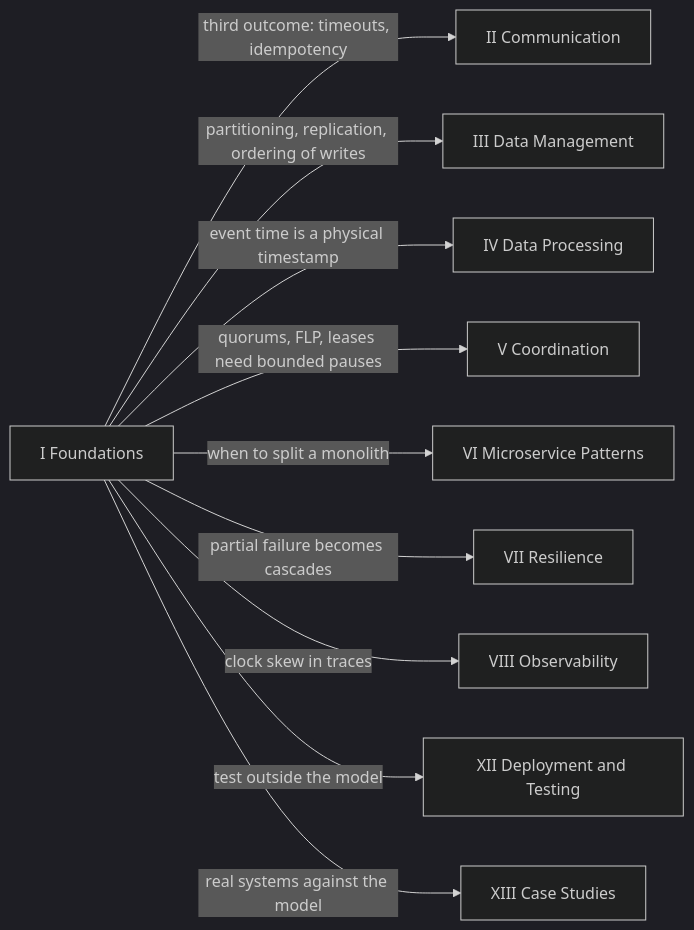
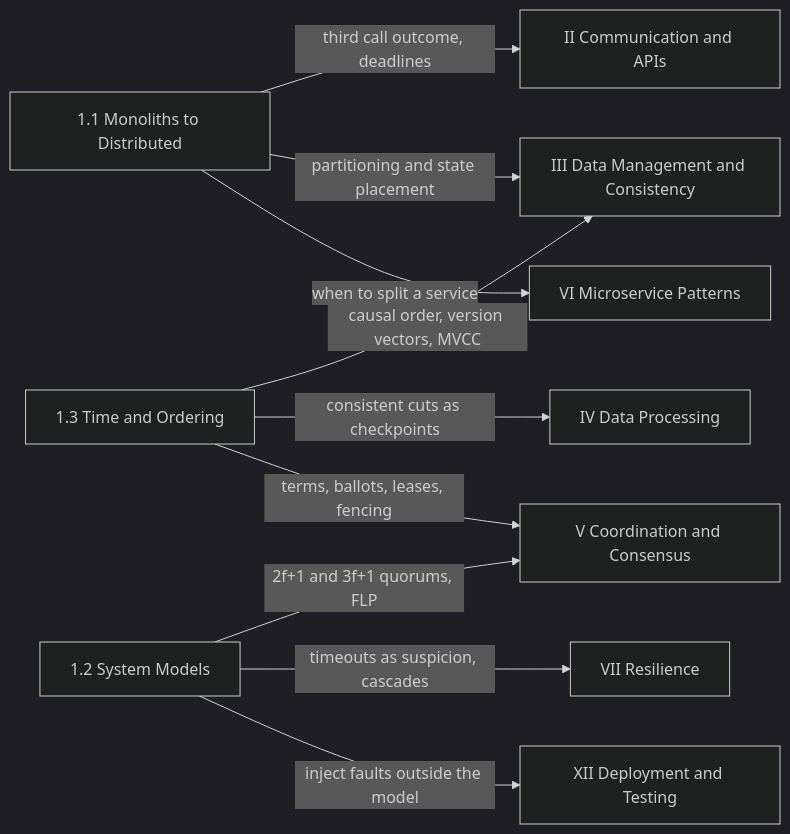
The second of 2 diagrams in src/content/docs/en/foundations/index.mdx (gorkemsari/distributed-systems), drawn with Mermaid (dark theme) before and after one commit. The commit also changed other lines of this file and 8 other files, not shown here.

````diff
--- a/src/content/docs/en/foundations/index.mdx
+++ b/src/content/docs/en/foundations/index.mdx
@@ -58,22 +66,22 @@
 ```mermaid
 flowchart LR
-    F["I Foundations"]
-    C["II Communication"]
-    D["III Data Management"]
-    P["IV Data Processing"]
-    K["V Coordination"]
-    M["VI Microservice Patterns"]
-    R["VII Resilience"]
-    O["VIII Observability"]
-    T["XII Deployment and Testing"]
-    S["XIII Case Studies"]
-    F -->|"third outcome: timeouts, idempotency"| C
-    F -->|"partitioning, replication, ordering of writes"| D
-    F -->|"event time is a physical timestamp"| P
-    F -->|"quorums, FLP, leases need bounded pauses"| K
-    F -->|"when to split a monolith"| M
-    F -->|"partial failure becomes cascades"| R
-    F -->|"clock skew in traces"| O
-    F -->|"test outside the model"| T
-    F -->|"real systems against the model"| S
+    C1["1.1 Monoliths to Distributed"]
+    C2["1.2 System Models"]
+    C3["1.3 Time and Ordering"]
+    P2["II Communication and APIs"]
+    P3["III Data Management and Consistency"]
+    P4["IV Data Processing"]
+    P5["V Coordination and Consensus"]
+    P6["VI Microservice Patterns"]
+    P7["VII Resilience"]
+    P12["XII Deployment and Testing"]
+    C1 -->|"third call outcome, deadlines"| P2
+    C1 -->|"partitioning and state placement"| P3
+    C1 -->|"when to split a service"| P6
+    C2 -->|"2f+1 and 3f+1 quorums, FLP"| P5
+    C2 -->|"timeouts as suspicion, cascades"| P7
+    C2 -->|"inject faults outside the model"| P12
+    C3 -->|"causal order, version vectors, MVCC"| P3
+    C3 -->|"consistent cuts as checkpoints"| P4
+    C3 -->|"terms, ballots, leases, fencing"| P5
 ```
````
